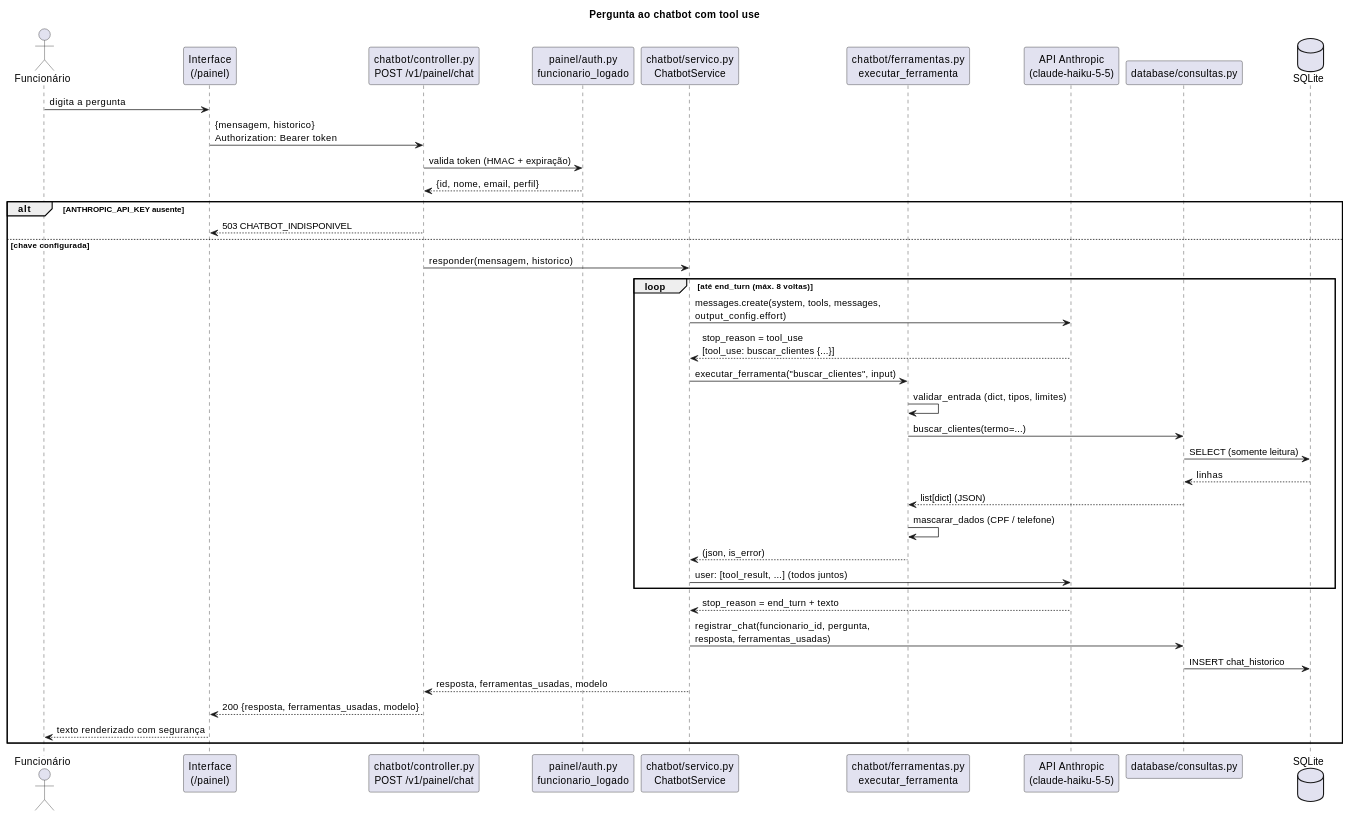
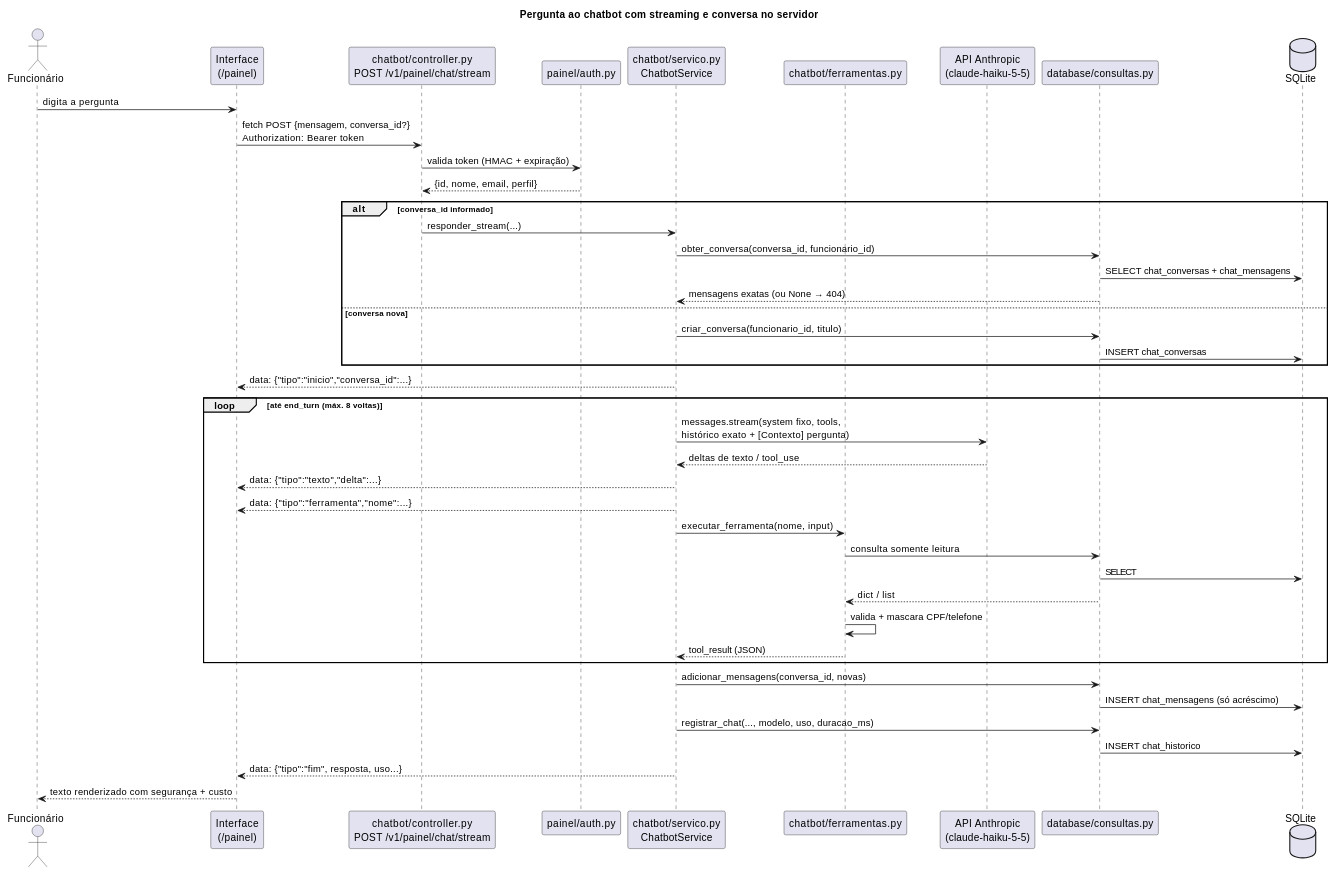
The third of 3 diagrams in sistema-de-gerenciamento/docs/arquitetura.md (DrawingWithP/bulbe-cleanergy-backend), drawn with PlantUML before and after one commit. The commit also changed other lines of this file and 54 other files, not shown here.

````diff
--- a/sistema-de-gerenciamento/docs/arquitetura.md
+++ b/sistema-de-gerenciamento/docs/arquitetura.md
@@ -174,44 +366,48 @@
 ```plantuml
-@startuml sequencia-pergunta-chatbot
-title Pergunta ao chatbot com tool use
+@startuml sequencia-chat-stream-v2
+title Pergunta ao chatbot com streaming e conversa no servidor
 
 actor "Funcionário" as F
 participant "Interface\n(/painel)" as UI
-participant "chatbot/controller.py\nPOST /v1/painel/chat" as C
-participant "painel/auth.py\nfuncionario_logado" as A
+participant "chatbot/controller.py\nPOST /v1/painel/chat/stream" as C
+participant "painel/auth.py" as A
 participant "chatbot/servico.py\nChatbotService" as L
-participant "chatbot/ferramentas.py\nexecutar_ferramenta" as T
+participant "chatbot/ferramentas.py" as T
 participant "API Anthropic\n(claude-haiku-5-5)" as M
 participant "database/consultas.py" as Q
 database "SQLite" as DB
 
 F -> UI : digita a pergunta
-UI -> C : {mensagem, historico}\nAuthorization: Bearer token
+UI -> C : fetch POST {mensagem, conversa_id?}\nAuthorization: Bearer token
 C -> A : valida token (HMAC + expiração)
 A --> C : {id, nome, email, perfil}
-alt ANTHROPIC_API_KEY ausente
-  C --> UI : 503 CHATBOT_INDISPONIVEL
-else chave configurada
-  C -> L : responder(mensagem, historico)
-  loop até end_turn (máx. 8 voltas)
-    L -> M : messages.create(system, tools, messages,\noutput_config.effort)
-    M --> L : stop_reason = tool_use\n[tool_use: buscar_clientes {...}]
-    L -> T : executar_ferramenta("buscar_clientes", input)
-    T -> T : validar_entrada (dict, tipos, limites)
-    T -> Q : buscar_clientes(termo=...)
-    Q -> DB : SELECT (somente leitura)
-    DB --> Q : linhas
-    Q --> T : list[dict] (JSON)
-    T -> T : mascarar_dados (CPF / telefone)
-    T --> L : (json, is_error)
-    L -> M : user: [tool_result, ...] (todos juntos)
-  end
-  M --> L : stop_reason = end_turn + texto
-  L -> Q : registrar_chat(funcionario_id, pergunta,\nresposta, ferramentas_usadas)
-  Q -> DB : INSERT chat_historico
-  L --> C : resposta, ferramentas_usadas, modelo
-  C --> UI : 200 {resposta, ferramentas_usadas, modelo}
-  UI --> F : texto renderizado com segurança
+alt conversa_id informado
+  C -> L : responder_stream(...)
+  L -> Q : obter_conversa(conversa_id, funcionario_id)
+  Q -> DB : SELECT chat_conversas + chat_mensagens
+  Q --> L : mensagens exatas (ou None → 404)
+else conversa nova
+  L -> Q : criar_conversa(funcionario_id, titulo)
+  Q -> DB : INSERT chat_conversas
 end
+L --> UI : data: {"tipo":"inicio","conversa_id":...}
+loop até end_turn (máx. 8 voltas)
+  L -> M : messages.stream(system fixo, tools,\nhistórico exato + [Contexto] pergunta)
+  M --> L : deltas de texto / tool_use
+  L --> UI : data: {"tipo":"texto","delta":...}
+  L --> UI : data: {"tipo":"ferramenta","nome":...}
+  L -> T : executar_ferramenta(nome, input)
+  T -> Q : consulta somente leitura
+  Q -> DB : SELECT
+  Q --> T : dict / list
+  T -> T : valida + mascara CPF/telefone
+  T --> L : tool_result (JSON)
+end
+L -> Q : adicionar_mensagens(conversa_id, novas)
+Q -> DB : INSERT chat_mensagens (só acréscimo)
+L -> Q : registrar_chat(..., modelo, uso, duracao_ms)
+Q -> DB : INSERT chat_historico
+L --> UI : data: {"tipo":"fim", resposta, uso...}
+UI --> F : texto renderizado com segurança + custo
 @enduml
 ```
````
